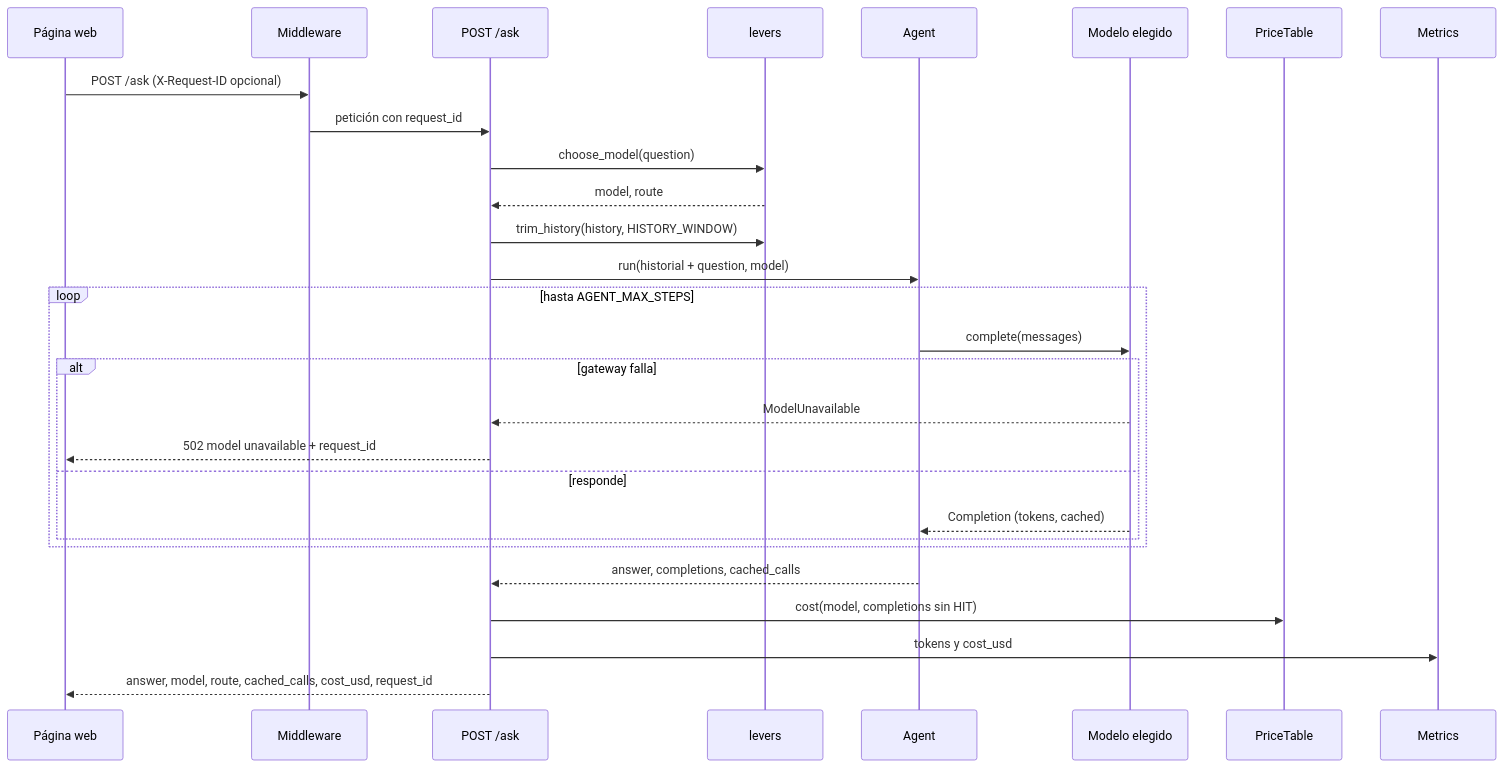
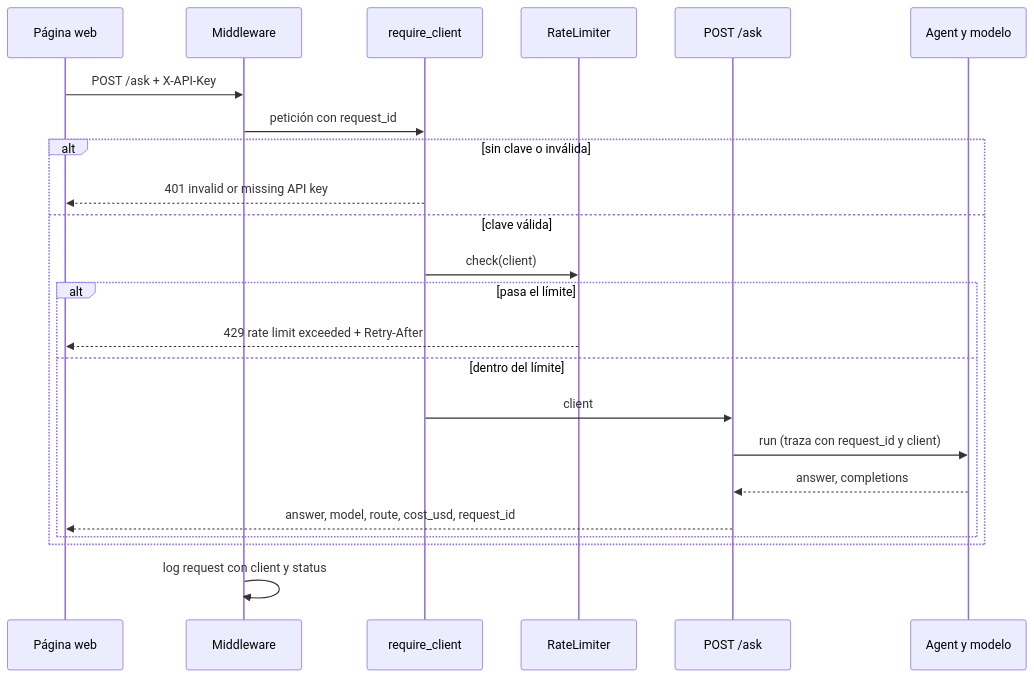
Before and after one commit to chavalalo/NextGenCode-M4: the third of 3 diagrams in product/doc/architecture.md, drawn with Mermaid. The commit also changed other lines of this file and 63 other files, not shown here.

````diff
--- a/product/doc/architecture.md
+++ b/product/doc/architecture.md
@@ -66,30 +84,25 @@
 ```mermaid
 sequenceDiagram
     participant W as Página web
     participant MW as Middleware
+    participant AU as require_client
+    participant RL as RateLimiter
     participant A as POST /ask
-    participant R as levers
-    participant G as Agent
-    participant M as Modelo elegido
-    participant P as PriceTable
-    participant X as Metrics
-    W->>MW: POST /ask (X-Request-ID opcional)
-    MW->>A: petición con request_id
-    A->>R: choose_model(question)
-    R-->>A: model, route
-    A->>R: trim_history(history, HISTORY_WINDOW)
-    A->>G: run(historial + question, model)
-    loop hasta AGENT_MAX_STEPS
-        G->>M: complete(messages)
-        alt gateway falla
-            M-->>A: ModelUnavailable
-            A-->>W: 502 model unavailable + request_id
-        else responde
-            M-->>G: Completion (tokens, cached)
+    participant G as Agent y modelo
+    W->>MW: POST /ask + X-API-Key
+    MW->>AU: petición con request_id
+    alt sin clave o inválida
+        AU-->>W: 401 invalid or missing API key
+    else clave válida
+        AU->>RL: check(client)
+        alt pasa el límite
+            RL-->>W: 429 rate limit exceeded + Retry-After
+        else dentro del límite
+            AU->>A: client
+            A->>G: run (traza con request_id y client)
+            G-->>A: answer, completions
+            A-->>W: answer, model, route, cost_usd, request_id
         end
     end
-    G-->>A: answer, completions, cached_calls
-    A->>P: cost(model, completions sin HIT)
-    A->>X: tokens y cost_usd
-    A-->>W: answer, model, route, cached_calls, cost_usd, request_id
+    MW->>MW: log request con client y status
 ```
````
